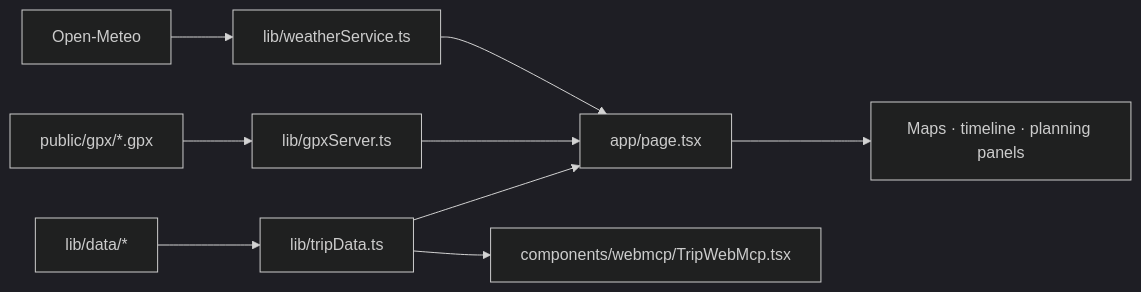
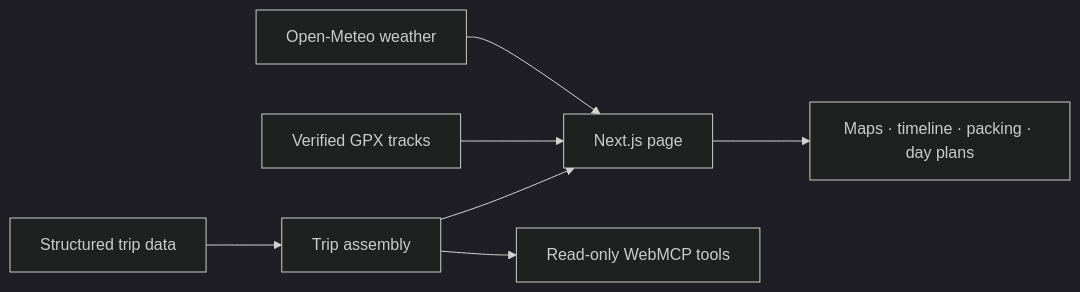
One commit to aranlucas/vienna-travel changed the diagram in README.md. Above: the diagram before and after it, drawn with Mermaid (dark theme). The commit also changed other lines of this file and 1 other file, not shown here.

````diff
--- a/README.md
+++ b/README.md
@@ -53,11 +85,9 @@
 ```mermaid
 flowchart LR
-  Data[lib/data/*] --> Assembly[lib/tripData.ts]
-  Assembly --> Page[app/page.tsx]
-  GPX[public/gpx/*.gpx] --> Parser[lib/gpxServer.ts]
-  Weather[Open-Meteo] --> Service[lib/weatherService.ts]
-  Parser --> Page
-  Service --> Page
-  Page --> UI[Maps · timeline · planning panels]
-  Assembly --> MCP[components/webmcp/TripWebMcp.tsx]
+  Data[Structured trip data] --> Trip[Trip assembly]
+  Trip --> Page[Next.js page]
+  GPX[Verified GPX tracks] --> Page
+  Weather[Open-Meteo weather] --> Page
+  Page --> Experience[Maps · timeline · packing · day plans]
+  Trip --> Tools[Read-only WebMCP tools]
 ```
````
